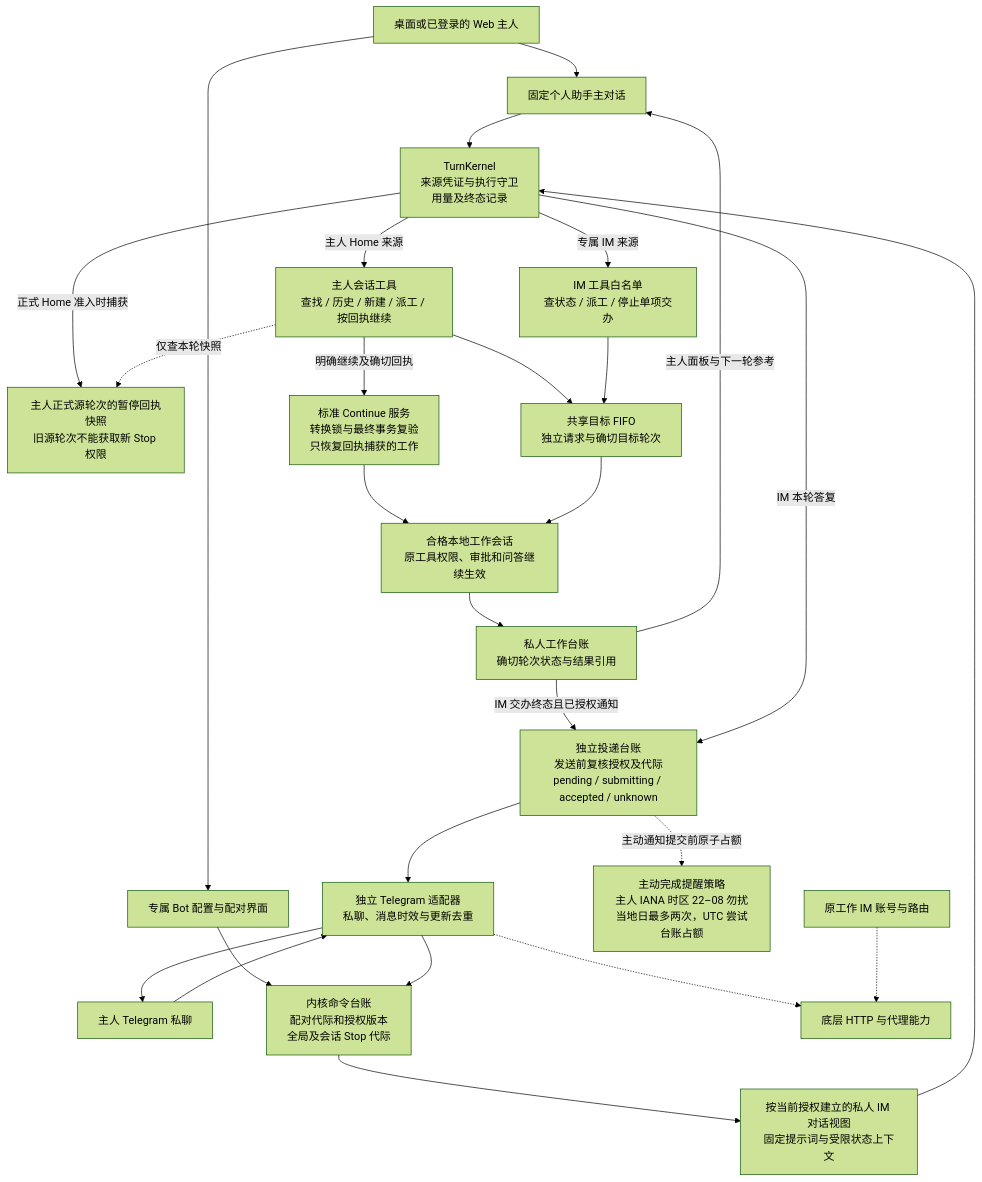
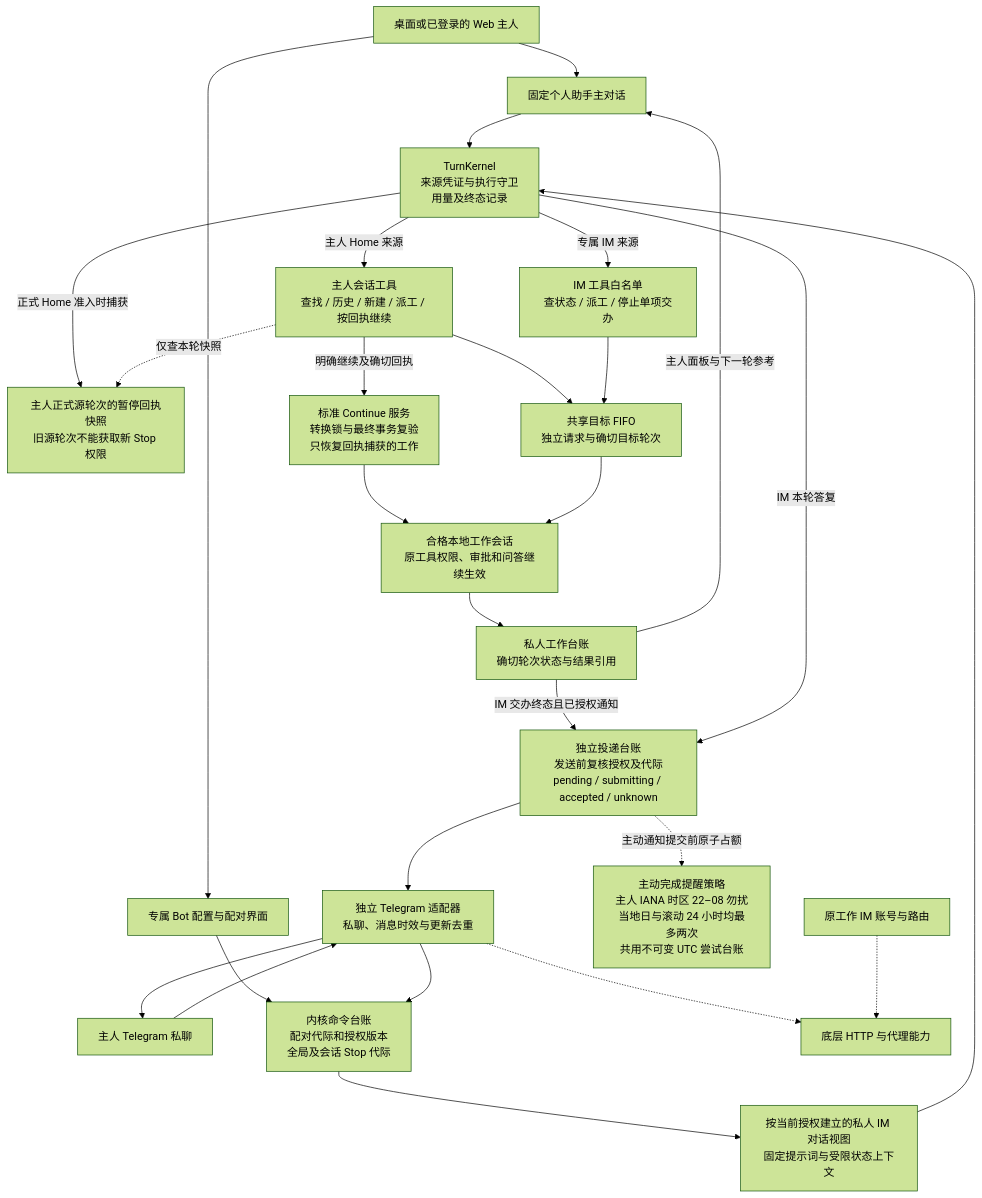
One commit to shiwenwen/hope-agent changed the first of 2 diagrams in docs/architecture/agent/personal-assistant.md. Above: the diagram before and after it, drawn with Mermaid (forest theme). The commit also changed other lines of this file and 78 other files, not shown here.

````diff
--- a/docs/architecture/agent/personal-assistant.md
+++ b/docs/architecture/agent/personal-assistant.md
@@ -71,40 +71,40 @@
 ```mermaid
 flowchart TB
     Owner[桌面或已登录的 Web 主人]
     Home[固定个人助手主对话]
     Config[专属 Bot 配置与配对界面]
     Telegram[主人 Telegram 私聊]
     Raw[独立 Telegram 适配器<br/>私聊、消息时效与更新去重]
     Ledger[内核命令台账<br/>配对代际和授权版本<br/>全局及会话 Stop 代际]
     View[按当前授权建立的私人 IM 对话视图<br/>固定提示词与受限状态上下文]
     Kernel[TurnKernel<br/>来源凭证与执行守卫<br/>用量及终态记录]
     ImTools[IM 工具白名单<br/>查状态 / 派工 / 停止单项交办]
     HomeTools[主人会话工具<br/>查找 / 历史 / 新建 / 派工 / 按回执继续]
     PauseSnapshot[主人正式源轮次的暂停回执快照<br/>旧源轮次不能获取新 Stop 权限]
     Continue[标准 Continue 服务<br/>转换锁与最终事务复验<br/>只恢复回执捕获的工作]
     Queue[共享目标 FIFO<br/>独立请求与确切目标轮次]
     Work[合格本地工作会话<br/>原工具权限、审批和问答继续生效]
     Receipts[私人工作台账<br/>确切轮次状态与结果引用]
     Outbox[独立投递台账<br/>发送前复核授权及代际<br/>pending / submitting / accepted / unknown]
-    NotificationPolicy[主动完成提醒策略<br/>主人 IANA 时区 22–08 勿扰<br/>当地日最多两次，UTC 尝试台账占额]
+    NotificationPolicy[主动完成提醒策略<br/>主人 IANA 时区 22–08 勿扰<br/>当地日与滚动 24 小时均最多两次<br/>共用不可变 UTC 尝试台账]
     Protocol[底层 HTTP 与代理能力]
     Old[原工作 IM 账号与路由]
     Owner --> Home
     Owner --> Config --> Ledger
     Telegram --> Raw --> Ledger --> View --> Kernel
     Home --> Kernel
     Kernel -->|主人 Home 来源| HomeTools
     Kernel -->|正式 Home 准入时捕获| PauseSnapshot
     HomeTools -.->|仅查本轮快照| PauseSnapshot
     HomeTools -->|明确继续及确切回执| Continue --> Work
     Kernel -->|专属 IM 来源| ImTools
     HomeTools --> Queue
     ImTools --> Queue --> Work --> Receipts
     Receipts -->|主人面板与下一轮参考| Home
     Receipts -->|IM 交办终态且已授权通知| Outbox
     Kernel -->|IM 本轮答复| Outbox
     Outbox -.->|主动通知提交前原子占额| NotificationPolicy
     Outbox --> Raw --> Telegram
     Raw -.-> Protocol
     Old -.-> Protocol
 ```
````
